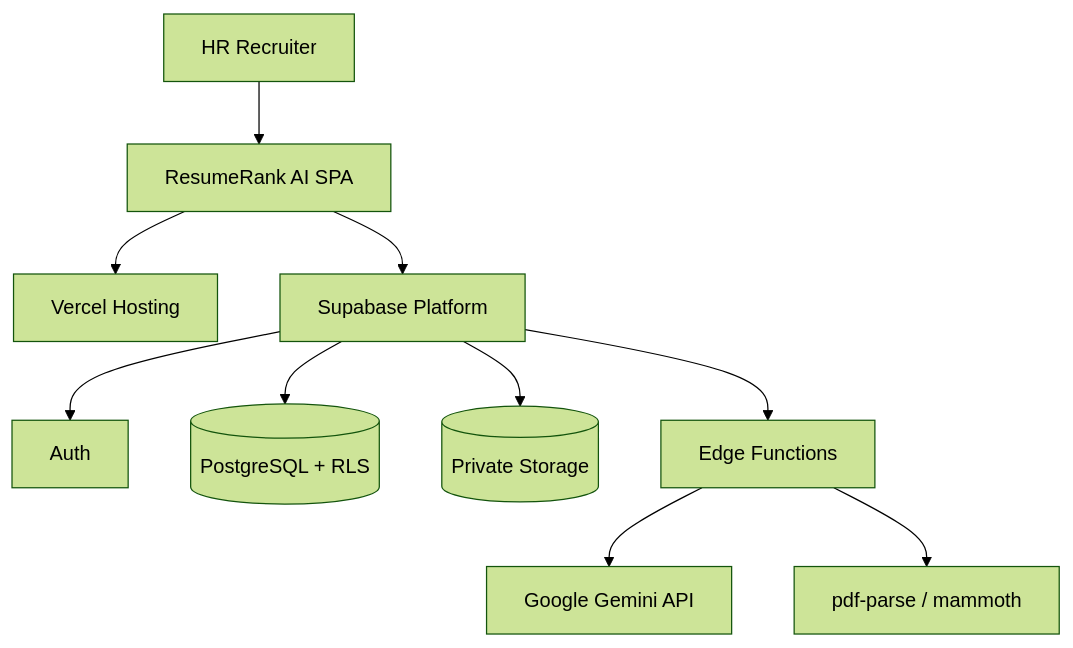
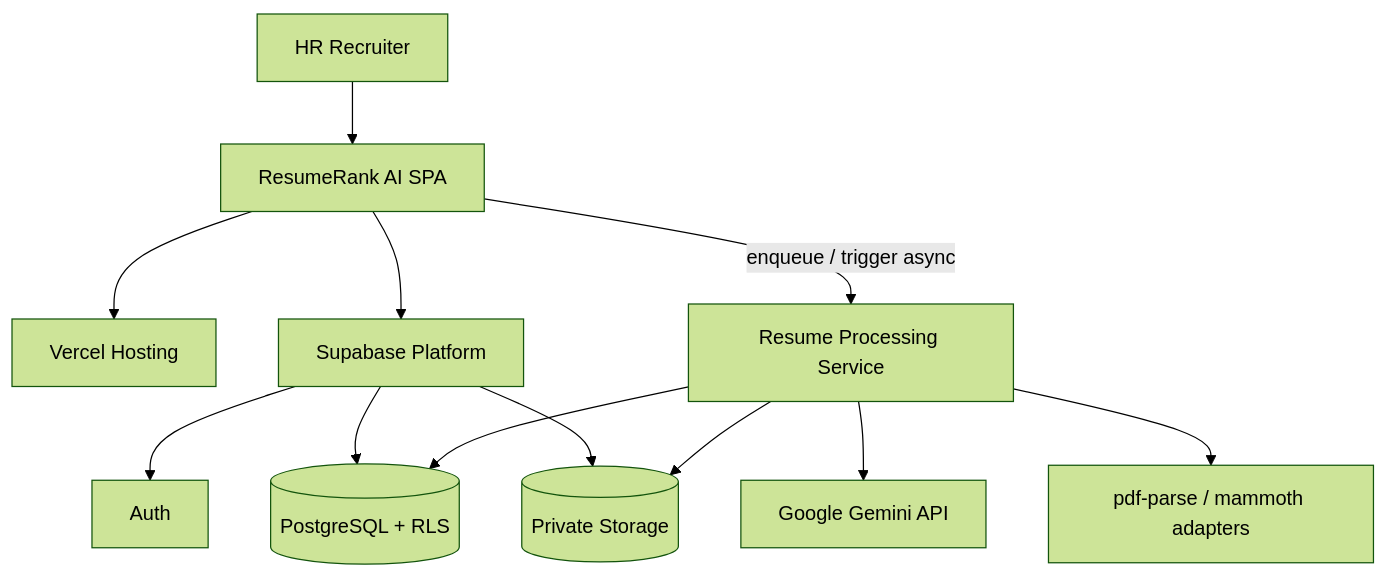
One commit to VishnuVardhan-CH-2022/resume-rank-ai-dev changed the second of 17 diagrams in docs/02-design/04-System-Design-Document.md. Above: the diagram before and after it, drawn with Mermaid (forest theme). The commit also changed other lines of this file and 4 other files, not shown here.

````diff
--- a/docs/02-design/04-System-Design-Document.md
+++ b/docs/02-design/04-System-Design-Document.md
@@ -298,12 +301,14 @@
 ```mermaid
 flowchart TB
   HR[HR Recruiter] --> SPA[ResumeRank AI SPA]
   SPA --> Vercel[Vercel Hosting]
   SPA --> SB[Supabase Platform]
   SB --> Auth[Auth]
   SB --> PG[(PostgreSQL + RLS)]
   SB --> ST[(Private Storage)]
-  SB --> EF[Edge Functions]
-  EF --> Gemini[Google Gemini API]
-  EF --> Parse[pdf-parse / mammoth]
+  SPA -->|enqueue / trigger async| RPS[Resume Processing Service]
+  RPS --> PG
+  RPS --> ST
+  RPS --> Gemini[Google Gemini API]
+  RPS --> Parse[pdf-parse / mammoth adapters]
 ```
````
